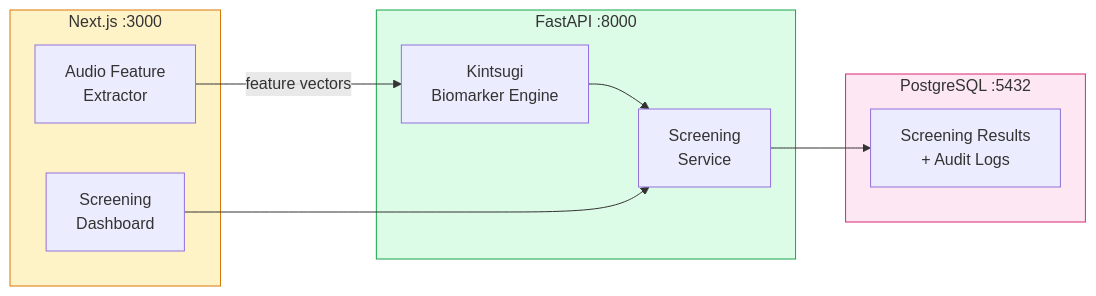
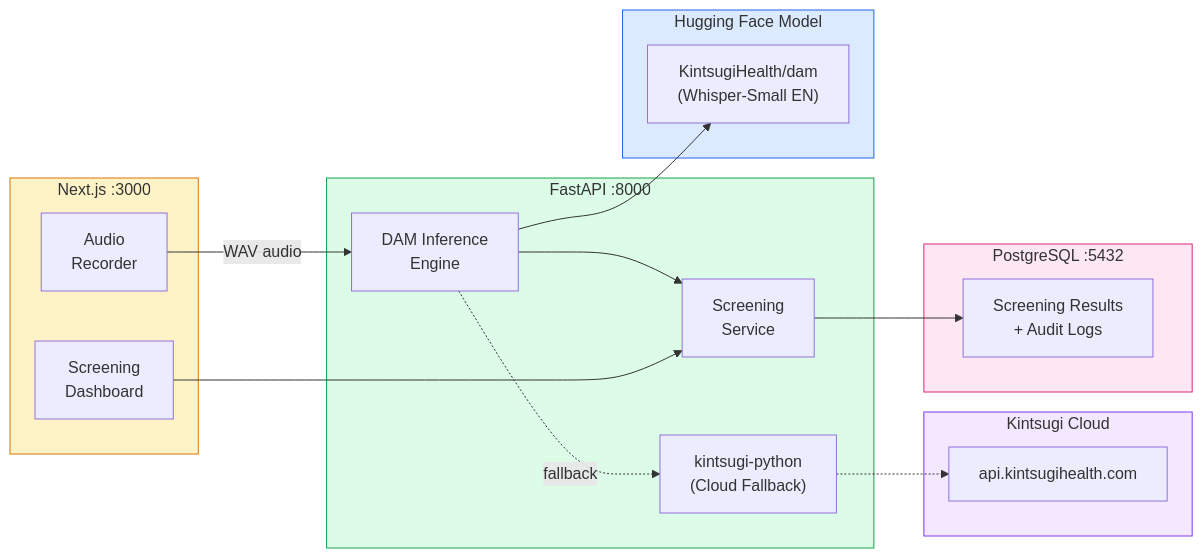
Before and after one commit to utexas-demo/demo: the diagram in docs/experiments/35-KintsugiOpenSource-PMS-Developer-Setup-Guide.md, drawn with Mermaid. The commit also changed other lines of this file and 4 other files, not shown here.

First line of the commit message:
Update Experiment 35 to use PyPI SDK and HuggingFace DAM model; add AI brief

````diff
--- a/docs/experiments/35-KintsugiOpenSource-PMS-Developer-Setup-Guide.md
+++ b/docs/experiments/35-KintsugiOpenSource-PMS-Developer-Setup-Guide.md
@@ -37,25 +43,39 @@
 ```mermaid
 flowchart LR
     subgraph Frontend["Next.js :3000"]
         UI["Screening<br/>Dashboard"]
-        FE["Audio Feature<br/>Extractor"]
+        REC["Audio<br/>Recorder"]
     end
 
     subgraph Backend["FastAPI :8000"]
-        ENGINE["Kintsugi<br/>Biomarker Engine"]
+        DAM_ENG["DAM Inference<br/>Engine"]
+        SDK["kintsugi-python<br/>(Cloud Fallback)"]
         SCREEN["Screening<br/>Service"]
+    end
+
+    subgraph HF["Hugging Face Model"]
+        DAM["KintsugiHealth/dam<br/>(Whisper-Small EN)"]
+    end
+
+    subgraph Cloud["Kintsugi Cloud"]
+        API["api.kintsugihealth.com"]
     end
 
     subgraph Data["PostgreSQL :5432"]
         DB["Screening Results<br/>+ Audit Logs"]
     end
 
-    FE -->|feature vectors| ENGINE
-    ENGINE --> SCREEN
+    REC -->|"WAV audio"| DAM_ENG
+    DAM_ENG --> DAM
+    DAM_ENG -.->|"fallback"| SDK
+    SDK -.-> API
+    DAM_ENG --> SCREEN
     SCREEN --> DB
     UI --> SCREEN
 
     style Frontend fill:#fef3c7,stroke:#d97706
     style Backend fill:#dcfce7,stroke:#16a34a
+    style HF fill:#dbeafe,stroke:#2563eb
+    style Cloud fill:#f3e8ff,stroke:#7c3aed
     style Data fill:#fce7f3,stroke:#db2777
 ```
````
